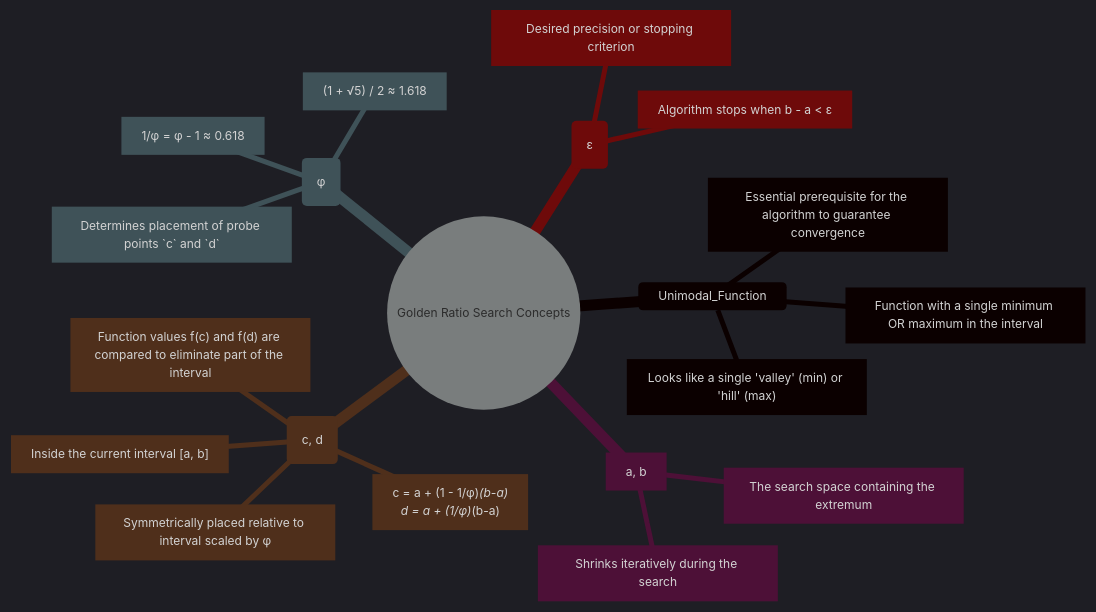
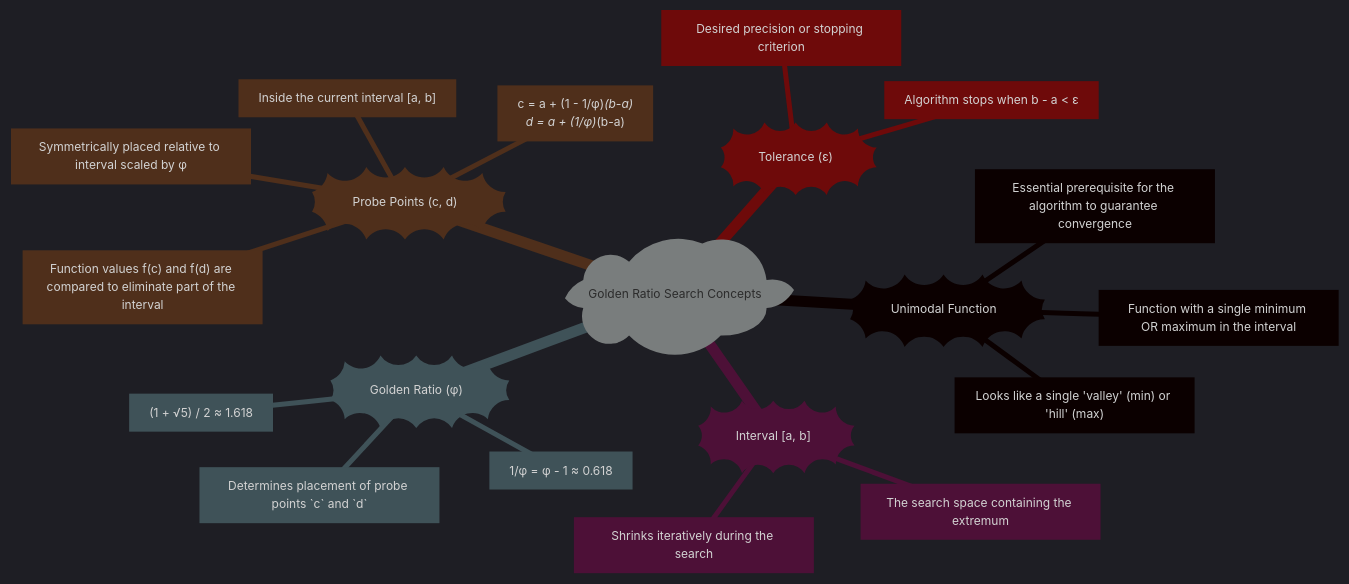
Before and after one commit to CongLeSolutionX/AlgoVerse: the second of 6 diagrams in Patterns_Bridging_Math_ComputerScience_Nature_and_Beyond/Golden_Ratio_Search.md, drawn with Mermaid.

````diff
--- a/Patterns_Bridging_Math_ComputerScience_Nature_and_Beyond/Golden_Ratio_Search.md
+++ b/Patterns_Bridging_Math_ComputerScience_Nature_and_Beyond/Golden_Ratio_Search.md
@@ -98,41 +98,41 @@
 ```mermaid
 ---
 title: Golden Ratio Search - Terminology
 author: "Cong Le"
 version: "1.0"
 license(s): "MIT, CC BY 4.0"
 copyright: "Copyright (c) 2025 Cong Le. All Rights Reserved."
 config:
   theme: dark
 ---
 %%%%%%%% Mermaid version v11.4.1-b.14
 %%{
   init: {
     'themeVariables': {
       'fontSize': '12px',
       'fontFamily': 'Fantasy'
     }
   }
 }%%
 mindmap
-  root((Golden Ratio Search Concepts))
-    Unimodal_Function
+  root)"Golden Ratio Search Concepts"(
+    Unimodal_Function))"Unimodal Function"((
       Definition["Function with a single minimum OR maximum in the interval"]
       Importance["Essential prerequisite for the algorithm to guarantee convergence"]
       Visualization["Looks like a single 'valley' (min) or 'hill' (max)"]
-    Interval_[a, b]
+    Interval_a_b))"Interval [a, b]"((
       Definition["The search space containing the extremum"]
       Role["Shrinks iteratively during the search"]
-    Golden_Ratio_(φ)
+    Golden_Ratio))"Golden Ratio (φ)"((
       Value["(1 + √5) / 2 ≈ 1.618"]
       Reciprocal["1/φ = φ - 1 ≈ 0.618"]
       Usage["Determines placement of probe points `c` and `d`"]
-    Probe_Points_(c, d)
+    Probe_Points_c_d))"Probe Points (c, d)"((
       Location["Inside the current interval [a, b]"]
       Placement["c = a + (1 - 1/φ)*(b-a)<br>d = a + (1/φ)*(b-a)"]
       Symmetry["Symmetrically placed relative to interval scaled by φ"]
       Purpose["Function values f(c) and f(d) are compared to eliminate part of the interval"]
-    Tolerance_(ε)
+    Tolerance))"Tolerance (ε)"((
       Definition["Desired precision or stopping criterion"]
       Condition["Algorithm stops when b - a < ε"]
 ```
````
